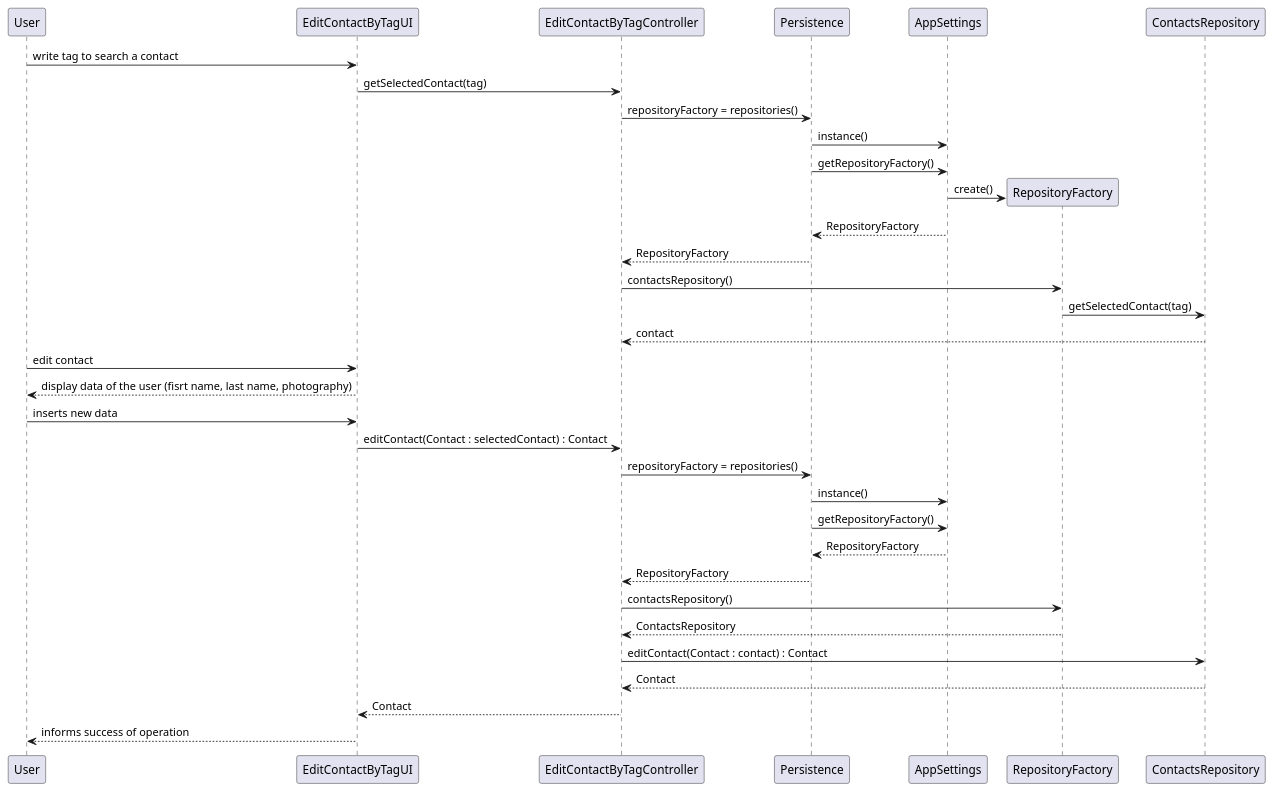
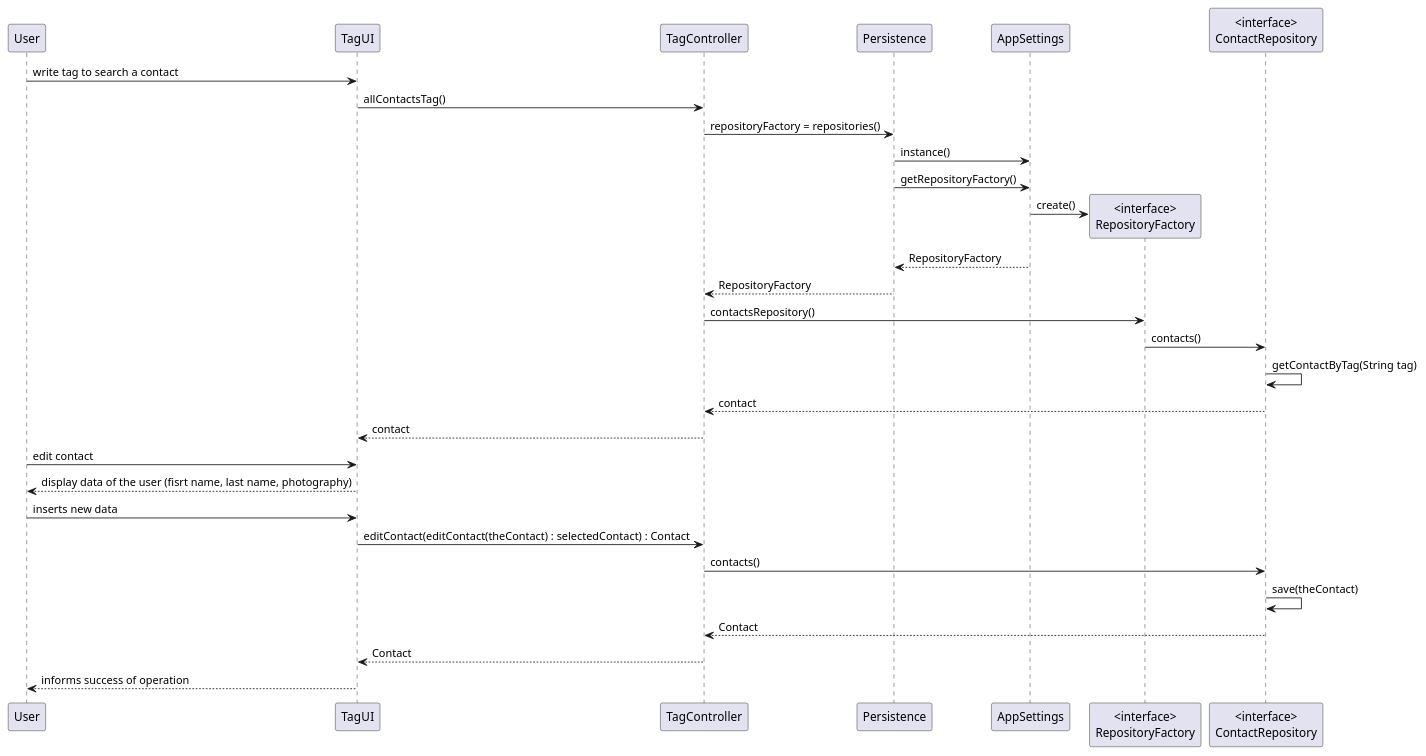
One commit to RubenTeixeira/cleansheets_isep_2dg_2016 changed the diagram in src/main/java/csheets/worklog/n1130523/sprint3/crm_contacts_with_tags_design_sd_2.puml. Above: the diagram before and after it, drawn with PlantUML. The commit also changed 3 other files, not shown here.

```diff
--- a/src/main/java/csheets/worklog/n1130523/sprint3/crm_contacts_with_tags_design_sd_2.puml
+++ b/src/main/java/csheets/worklog/n1130523/sprint3/crm_contacts_with_tags_design_sd_2.puml
@@ -1,30 +1,28 @@
 @startuml doc-files/crm_contacts_with_tags_design_sd_2.png
 
-User -> EditContactByTagUI : write tag to search a contact
-EditContactByTagUI -> EditContactByTagController: getSelectedContact(tag)
-EditContactByTagController -> Persistence : repositoryFactory = repositories()
+
+User -> TagUI : write tag to search a contact
+TagUI -> TagController: allContactsTag()
+TagController -> Persistence : repositoryFactory = repositories()
 Persistence -> AppSettings : instance()
 Persistence -> AppSettings : getRepositoryFactory()
-create RepositoryFactory
-AppSettings -> RepositoryFactory : create()
+create "<interface>\nRepositoryFactory"
+AppSettings -> "<interface>\nRepositoryFactory" : create()
 AppSettings --> Persistence : RepositoryFactory
-Persistence --> EditContactByTagController : RepositoryFactory
-EditContactByTagController -> RepositoryFactory : contactsRepository()
-RepositoryFactory -> ContactsRepository: getSelectedContact(tag)
-EditContactByTagController <-- ContactsRepository: contact
-User -> EditContactByTagUI : edit contact
-EditContactByTagUI --> User : display data of the user (fisrt name, last name, photography)
-User -> EditContactByTagUI : inserts new data
-EditContactByTagUI -> EditContactByTagController : editContact(Contact : selectedContact) : Contact
-EditContactByTagController -> Persistence : repositoryFactory = repositories()
-Persistence -> AppSettings : instance()
-Persistence -> AppSettings : getRepositoryFactory()
-AppSettings --> Persistence : RepositoryFactory
-Persistence --> EditContactByTagController : RepositoryFactory
-EditContactByTagController -> RepositoryFactory : contactsRepository()
-RepositoryFactory --> EditContactByTagController : ContactsRepository
-EditContactByTagController -> ContactsRepository : editContact(Contact : contact) : Contact
-ContactsRepository --> EditContactByTagController : Contact
-EditContactByTagController --> EditContactByTagUI : Contact
-EditContactByTagUI --> User : informs success of operation
+Persistence --> TagController : RepositoryFactory
+TagController -> "<interface>\nRepositoryFactory" : contactsRepository()
+"<interface>\nRepositoryFactory" -> "<interface>\nContactRepository": contacts()
+"<interface>\nContactRepository" -> "<interface>\nContactRepository": getContactByTag(String tag)
+TagController <-- "<interface>\nContactRepository": contact
+TagUI<--TagController: contact
+User -> TagUI : edit contact
+TagUI --> User : display data of the user (fisrt name, last name, photography)
+User -> TagUI : inserts new data
+TagUI -> TagController : editContact(editContact(theContact) : selectedContact) : Contact
+TagController -> "<interface>\nContactRepository" : contacts()
+"<interface>\nContactRepository" -> "<interface>\nContactRepository": save(theContact)
+"<interface>\nContactRepository" --> TagController : Contact
+TagController --> TagUI : Contact
+TagUI --> User : informs success of operation
+
 @enduml
```
